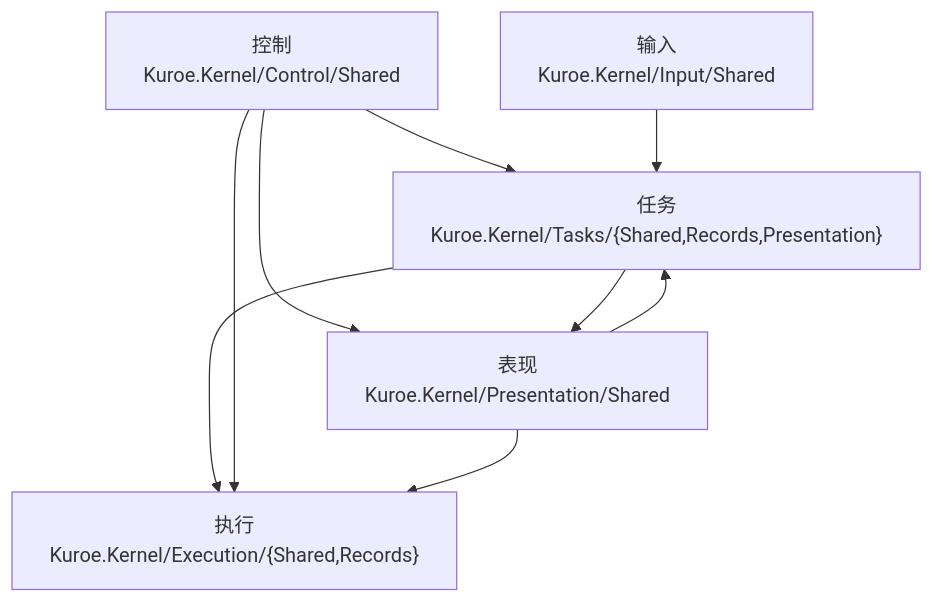
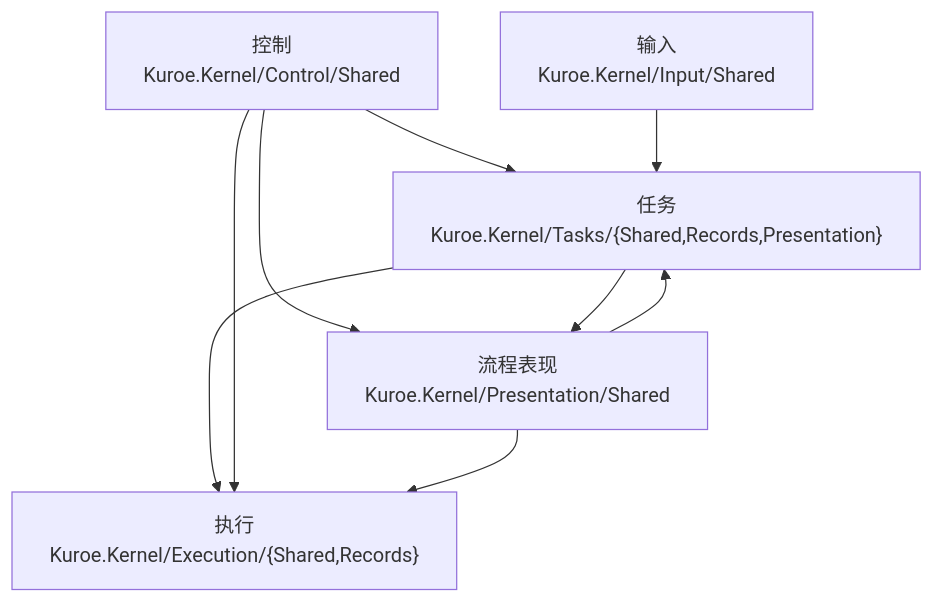
The diagram in docs/dev/architecture/functional-boundary/kernel/contracts/index.md (DrMelt/Kuroe), drawn with Mermaid before and after one commit. The commit also changed other lines of this file and 19 other files, not shown here.

````diff
--- a/docs/dev/architecture/functional-boundary/kernel/contracts/index.md
+++ b/docs/dev/architecture/functional-boundary/kernel/contracts/index.md
@@ -5,16 +5,16 @@
 ```mermaid
 flowchart TD
     Tasks["任务<br>Kuroe.Kernel/Tasks/{Shared,Records,Presentation}"]
     Execution["执行<br>Kuroe.Kernel/Execution/{Shared,Records}"]
     Control["控制<br>Kuroe.Kernel/Control/Shared"]
     Input["输入<br>Kuroe.Kernel/Input/Shared"]
-    Presentation["表现<br>Kuroe.Kernel/Presentation/Shared"]
+    Presentation["流程表现<br>Kuroe.Kernel/Presentation/Shared"]
     Tasks --> Execution
     Control --> Tasks
     Control --> Execution
     Control --> Presentation
     Input --> Tasks
     Presentation --> Execution
     Presentation --> Tasks
     Tasks --> Presentation
 ```
````
